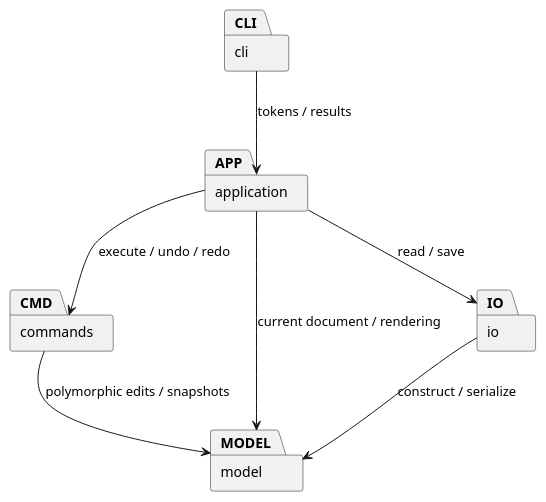
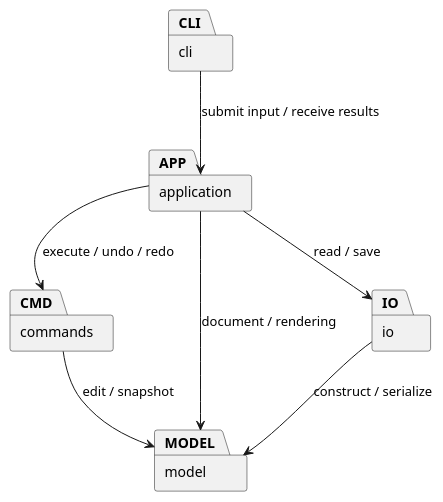
The diagram in doc/README.md (hwx15871640537-source/svg-editor), drawn with PlantUML before and after one commit. The commit also changed other lines of this file, not shown here.

Commit message:
docs: revise architecture explanation and collaboration record

````diff
--- a/doc/README.md
+++ b/doc/README.md
@@ -22,16 +26,19 @@
 ```plantuml
 @startuml
 skinparam packageStyle rectangle
+
 package "cli" as CLI
 package "application" as APP
 package "commands" as CMD
 package "model" as MODEL
 package "io" as IO
-CLI --> APP : tokens / results
+
+CLI --> APP : submit input / receive results
 APP --> CMD : execute / undo / redo
-APP --> MODEL : current document / rendering
+APP --> MODEL : document / rendering
 APP --> IO : read / save
-CMD --> MODEL : polymorphic edits / snapshots
+CMD --> MODEL : edit / snapshot
 IO --> MODEL : construct / serialize
+
 @enduml
 ```
````
